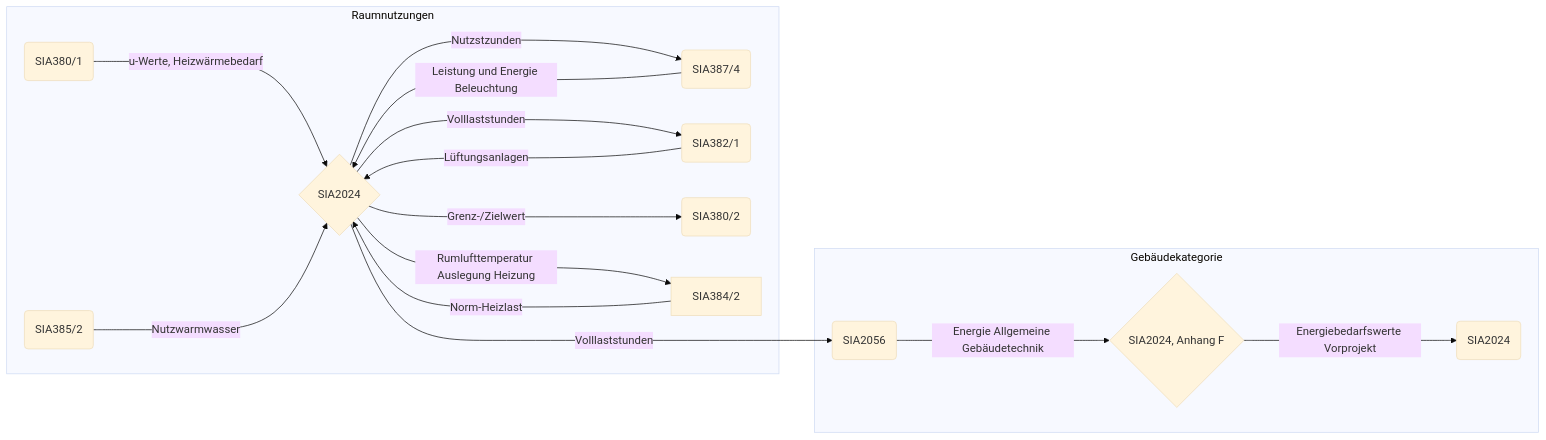
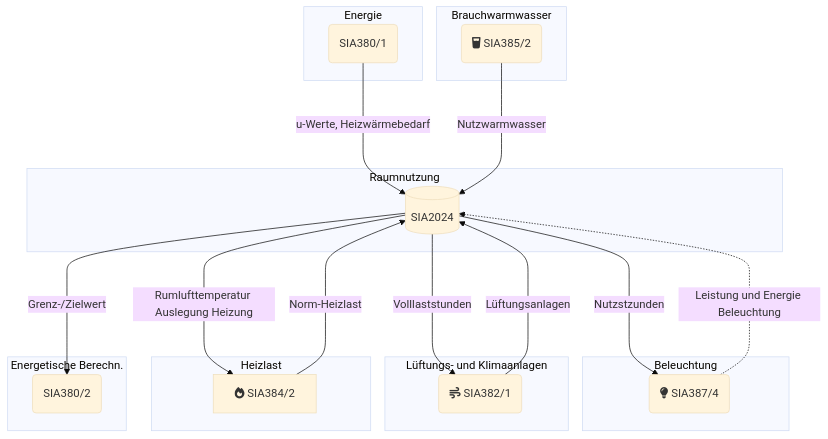
Before and after one commit to bitenergie/notes: the first of 2 diagrams in docs/Sia 2024/generated.md, drawn with Mermaid (base theme). The commit also changed other lines of this file, not shown here.

````diff
--- a/docs/Sia 2024/generated.md
+++ b/docs/Sia 2024/generated.md
@@ -3,19 +3,27 @@
 ```mermaid
-graph LR
-  subgraph Raumnutzungen
-  A{SIA2024} --->|Nutzstzunden| B(SIA387/4);
-  B --->|Leistung und Energie Beleuchtung| A;
-  A --->|Volllaststunden| C(SIA382/1);
-  C --->|Lüftungsanlagen| A;
-  A --->|Grenz-/Zielwert| D(SIA380/2);
-  A --->|Rumlufttemperatur Auslegung Heizung| E[SIA384/2];
-  E --->|Norm-Heizlast| A;
-  F(SIA380/1) --->|u-Werte, Heizwärmebedarf| A;
-  G(SIA385/2) --->|Nutzwarmwasser| A;
-  end
-  subgraph Gebäudekategorie
-  A ---->|Volllaststunden| H(SIA2056);
-  H --->|Energie Allgemeine Gebäudetechnik| I{SIA2024, Anhang F};
-  I --->|Energiebedarfswerte Vorprojekt | J(SIA2024);
-  end
+graph TD
+    subgraph Raumnutzung
+    A[(SIA2024)]
+    end
+    subgraph Beleuchtung
+    A --->|Nutzstzunden| B(fa:fa-lightbulb SIA387/4)
+    B-. Leistung und Energie Beleuchtung .-> A
+    end
+    subgraph Lüftungs- und Klimaanlagen
+    C --->|Lüftungsanlagen| A
+    A --->|Volllaststunden| C(fa:fa-wind SIA382/1)
+    end
+    subgraph Heizlast
+    E --->|Norm-Heizlast| A
+    A --->|Rumlufttemperatur Auslegung Heizung| E[fa:fa-fire SIA384/2]
+    end
+    subgraph Energetische Berechn.
+    A --->|Grenz-/Zielwert| D(SIA380/2)
+    end
+    subgraph Energie
+    F(SIA380/1) --->|u-Werte, Heizwärmebedarf| A
+    end
+    subgraph Brauchwarmwasser
+    G(fa:fa-glass-water SIA385/2) --->|Nutzwarmwasser| A
+    end
 ```
````
